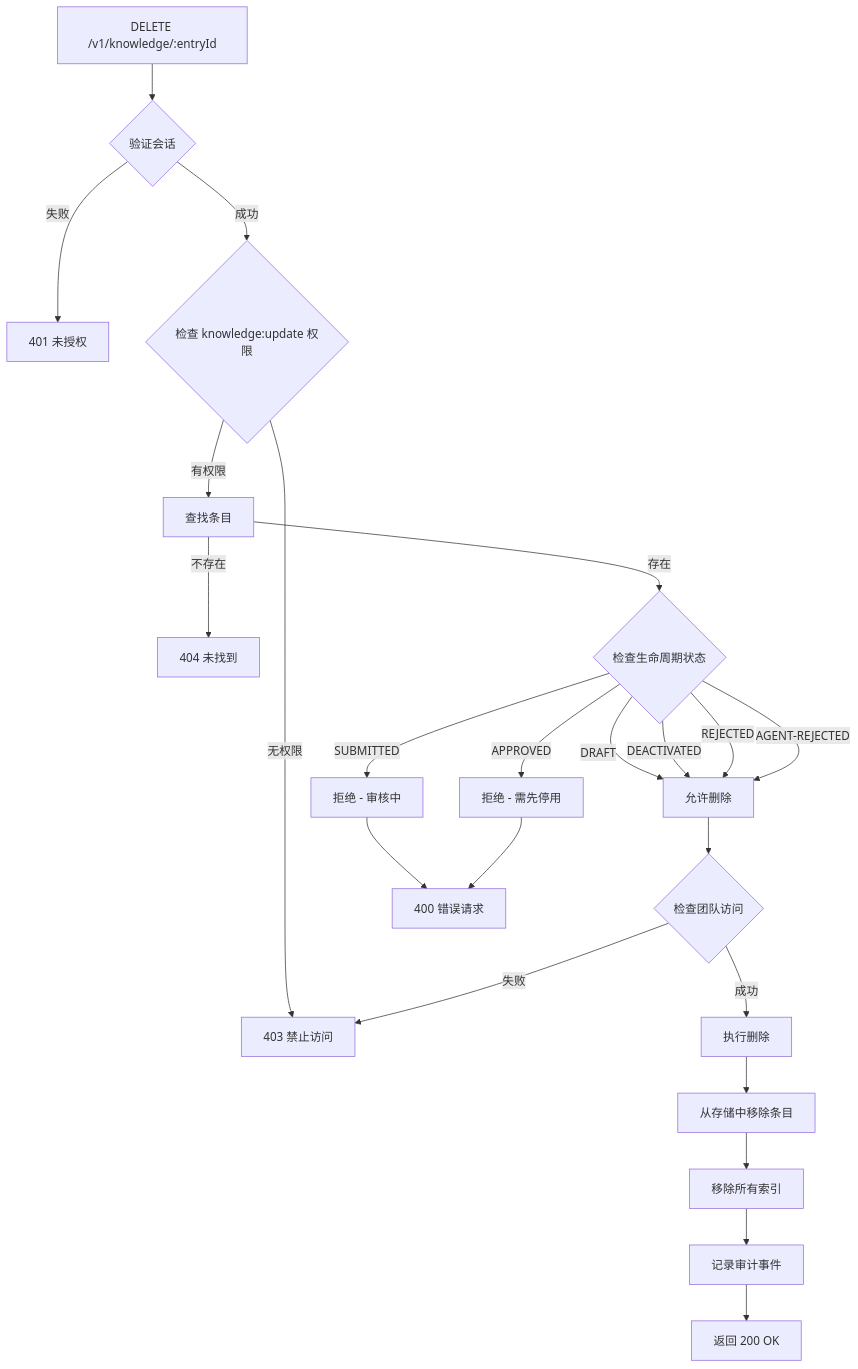
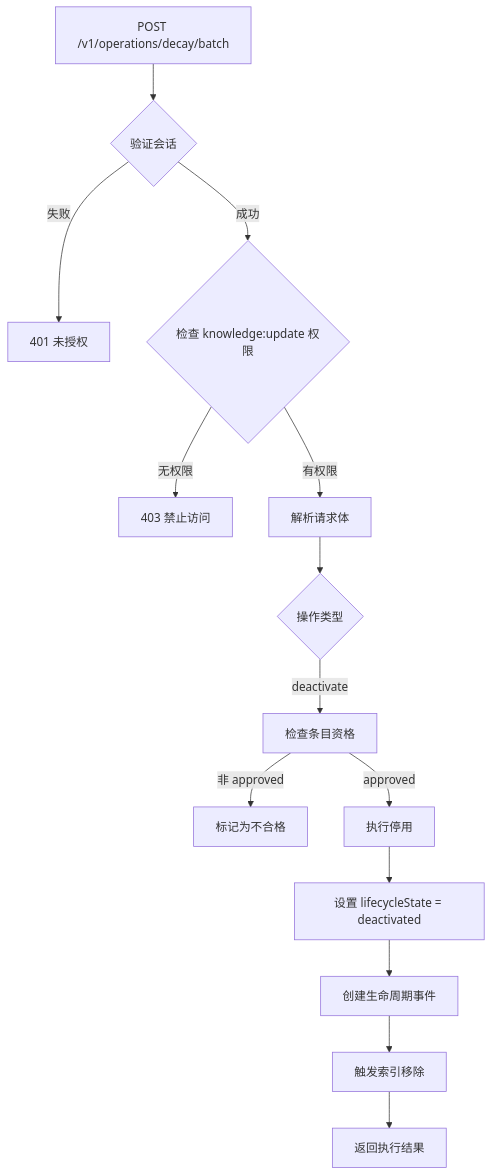
The first of 4 diagrams in docs/architecture/components/DELETION.md (pofossette/TrapMap-for-vibing), drawn with Mermaid before and after one commit. The commit also changed other lines of this file and 24 other files, not shown here.

````diff
--- a/docs/architecture/components/DELETION.md
+++ b/docs/architecture/components/DELETION.md
@@ -40,29 +42,16 @@
 ```mermaid
 flowchart TB
-    A[DELETE /v1/knowledge/:entryId] --> B{验证会话}
+    A[POST /v1/operations/decay/batch] --> B{验证会话}
     B -->|失败| C[401 未授权]
     B -->|成功| D{检查 knowledge:update 权限}
     D -->|无权限| E[403 禁止访问]
-    D -->|有权限| F[查找条目]
-    F -->|不存在| G[404 未找到]
-    F -->|存在| H{检查生命周期状态}
-    
-    H -->|DRAFT| I[允许删除]
-    H -->|SUBMITTED| J[拒绝 - 审核中]
-    H -->|APPROVED| K[拒绝 - 需先停用]
-    H -->|DEACTIVATED| I
-    H -->|REJECTED| I
-    H -->|AGENT-REJECTED| I
-    
-    I --> L{检查团队访问}
-    L -->|失败| E
-    L -->|成功| M[执行删除]
-    
-    M --> N[从存储中移除条目]
-    N --> O[移除所有索引]
-    O --> P[记录审计事件]
-    P --> Q[返回 200 OK]
-    
-    J --> R[400 错误请求]
-    K --> R
+    D -->|有权限| F[解析请求体]
+    F --> G{操作类型}
+    G -->|deactivate| H[检查条目资格]
+    H -->|非 approved| I[标记为不合格]
+    H -->|approved| J[执行停用]
+    J --> K[设置 lifecycleState = deactivated]
+    K --> L[创建生命周期事件]
+    L --> M[触发索引移除]
+    M --> N[返回执行结果]
 ```
````
